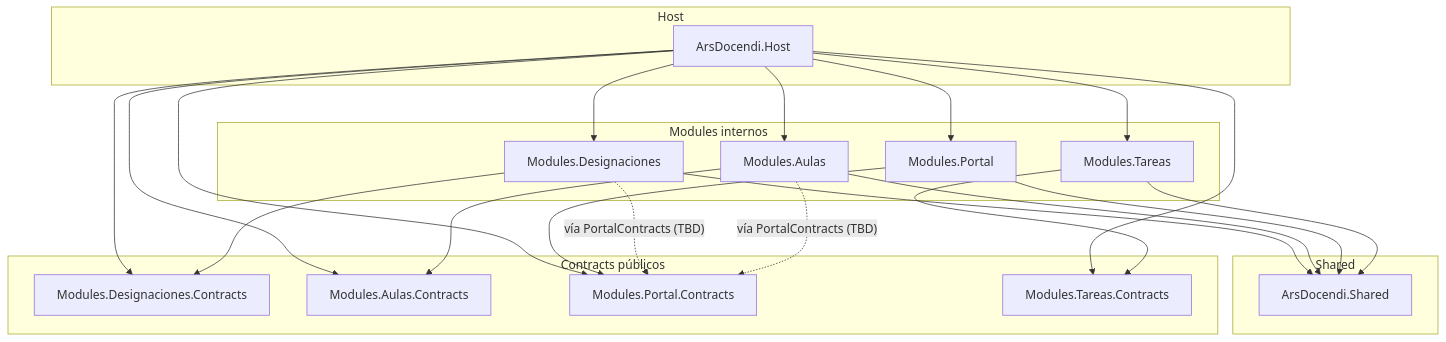
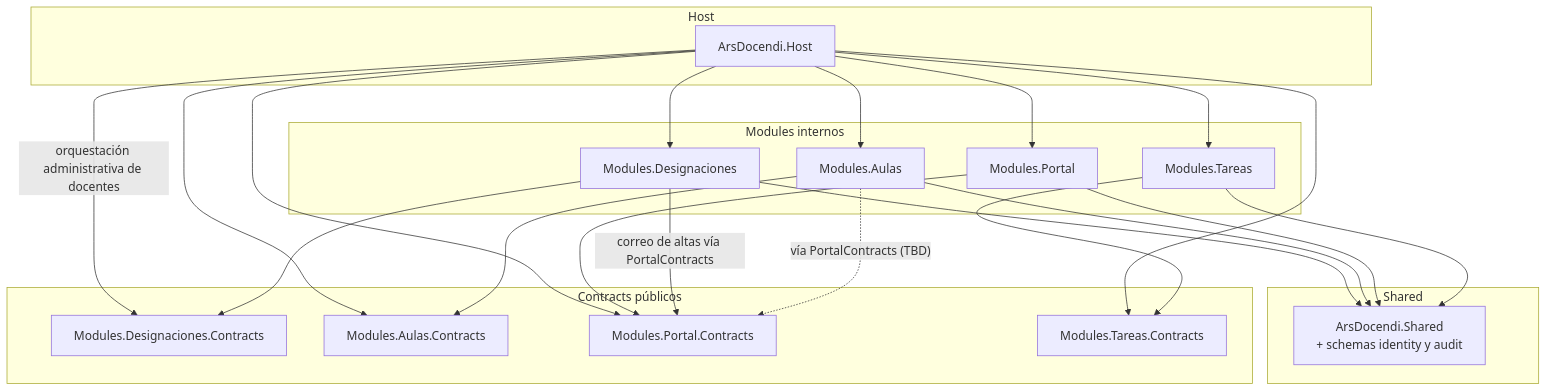
The diagram in docs/architecture/dependency-graph.md (Ars-Docendi/ars-docendi), drawn with Mermaid before and after one commit. The commit also changed other lines of this file and 712 other files, not shown here.

````diff
--- a/docs/architecture/dependency-graph.md
+++ b/docs/architecture/dependency-graph.md
@@ -7,43 +9,43 @@
 ```mermaid
 flowchart TD
   subgraph host [Host]
     Host["ArsDocendi.Host"]
   end
   subgraph shared [Shared]
-    Shared["ArsDocendi.Shared"]
+    Shared["ArsDocendi.Shared<br/>+ schemas identity y audit"]
   end
   subgraph contracts [Contracts públicos]
     DesignacionesContracts["Modules.Designaciones.Contracts"]
     AulasContracts["Modules.Aulas.Contracts"]
     PortalContracts["Modules.Portal.Contracts"]
     TareasContracts["Modules.Tareas.Contracts"]
   end
   subgraph modules [Modules internos]
     Designaciones["Modules.Designaciones"]
     Aulas["Modules.Aulas"]
     Portal["Modules.Portal"]
     Tareas["Modules.Tareas"]
   end
 
   Host --> Designaciones
   Host --> Aulas
   Host --> Portal
   Host --> Tareas
-  Host --> DesignacionesContracts
+  Host -->|"orquestación administrativa de docentes"| DesignacionesContracts
   Host --> AulasContracts
   Host --> PortalContracts
   Host --> TareasContracts
 
   Designaciones --> Shared
   Aulas --> Shared
   Portal --> Shared
   Tareas --> Shared
 
   Designaciones --> DesignacionesContracts
   Aulas --> AulasContracts
   Portal --> PortalContracts
   Tareas --> TareasContracts
 
-  Designaciones -.->|"vía PortalContracts (TBD)"| PortalContracts
+  Designaciones -->|"correo de altas vía PortalContracts"| PortalContracts
   Aulas -.->|"vía PortalContracts (TBD)"| PortalContracts
 ```
````
